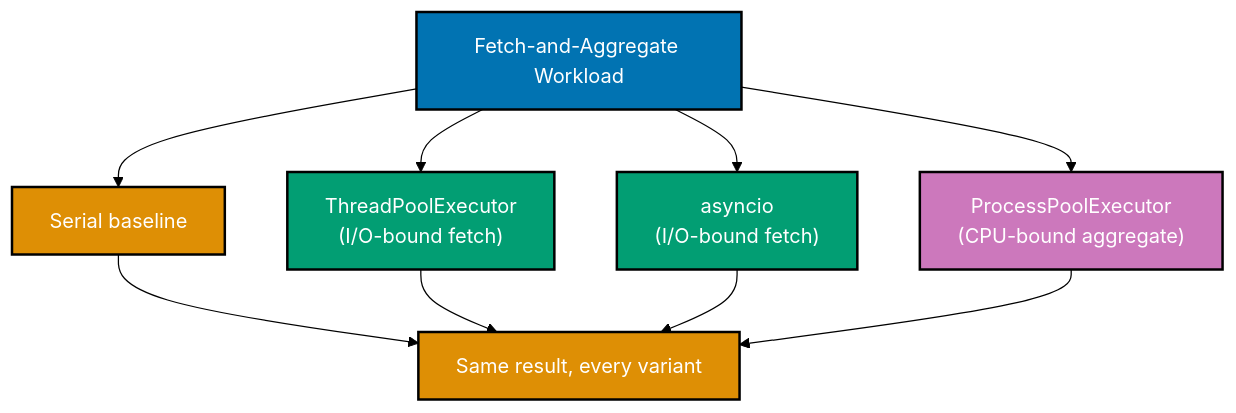
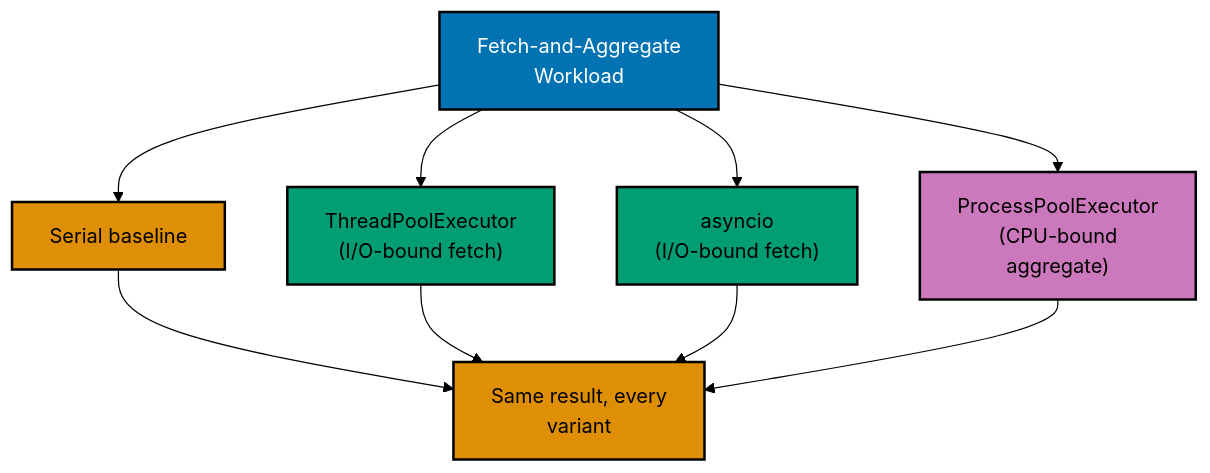
One commit to wahidyankf/ose-public changed the ninth of 15 diagrams in apps/ayokoding-www/content/en/learn/courses/concurrency-and-parallelism/learning/advanced.md. Above: the diagram before and after it, drawn with Mermaid (forest theme). The commit also changed other lines of this file and 144 other files, not shown here.

First line of the commit message:
fix(mermaid): bring the first half of the courses diagrams onto the accessible palette

````diff
--- a/apps/ayokoding-www/content/en/learn/courses/concurrency-and-parallelism/learning/advanced.md
+++ b/apps/ayokoding-www/content/en/learn/courses/concurrency-and-parallelism/learning/advanced.md
@@ -2712,17 +2736,20 @@
 ```mermaid
 %% Color Palette: Blue #0173B2, Orange #DE8F05, Teal #029E73, Purple #CC78BC
 flowchart TD
-    W["Fetch-and-Aggregate Workload"]:::blue --> S["Serial baseline"]:::orange
+    accTitle: Example 81: Capstone Preview -- Fetch-and-Aggregate, Three Ways, One Timing Harness
+    accDescr: Flowchart with 6 nodes and 8 connections. Nodes: Fetch-and-Aggregate Workload, Serial baseline, ThreadPoolExecutor (I/O-bound fetch), asyncio (I/O-bound fetch), ProcessPoolExecutor (CPU-bound aggregate), Same result, every variant. Connections: Fetch-and-Aggregate Workload to Serial baseline, Fetch-and-Aggregate Workload to ThreadPoolExecutor (I/O-bound fetch), Fetch-and-Aggregate Workload to asyncio (I/O-bound fetch), Fetch-and-Aggregate Workload to ProcessPoolExecutor (CPU-bound aggregate), Serial baseline to Same result, every variant, ThreadPoolExecutor (I/O-bound fetch) to Same result, every variant, asyncio (I/O-bound fetch) to Same result, every variant, ProcessPoolExecutor (CPU-bound aggregate) to Same result, every variant.
+    W["Fetch-and-Aggregate<br/>Workload"]:::blue --> S["Serial baseline"]:::orange
     W --> T["ThreadPoolExecutor<br/>(I/O-bound fetch)"]:::teal
     W --> A["asyncio<br/>(I/O-bound fetch)"]:::teal
-    W --> P["ProcessPoolExecutor<br/>(CPU-bound aggregate)"]:::purple
-    S --> R["Same result, every variant"]:::orange
+    W --> P["ProcessPoolExecutor<br/>(CPU-bound<br/>aggregate)"]:::purple
+    S --> R["Same result, every<br/>variant"]:::orange
     T --> R
     A --> R
     P --> R
 
     classDef blue fill:#0173B2,stroke:#000000,color:#FFFFFF,stroke-width:2px
-    classDef orange fill:#DE8F05,stroke:#000000,color:#FFFFFF,stroke-width:2px
-    classDef teal fill:#029E73,stroke:#000000,color:#FFFFFF,stroke-width:2px
-    classDef purple fill:#CC78BC,stroke:#000000,color:#FFFFFF,stroke-width:2px
+    classDef orange fill:#DE8F05,stroke:#000000,color:#000000,stroke-width:2px
+    classDef teal fill:#029E73,stroke:#000000,color:#000000,stroke-width:2px
+    classDef purple fill:#CC78BC,stroke:#000000,color:#000000,stroke-width:2px
+    classDef default fill:#FFFFFF,stroke:#000000,color:#000000
 ```
````
